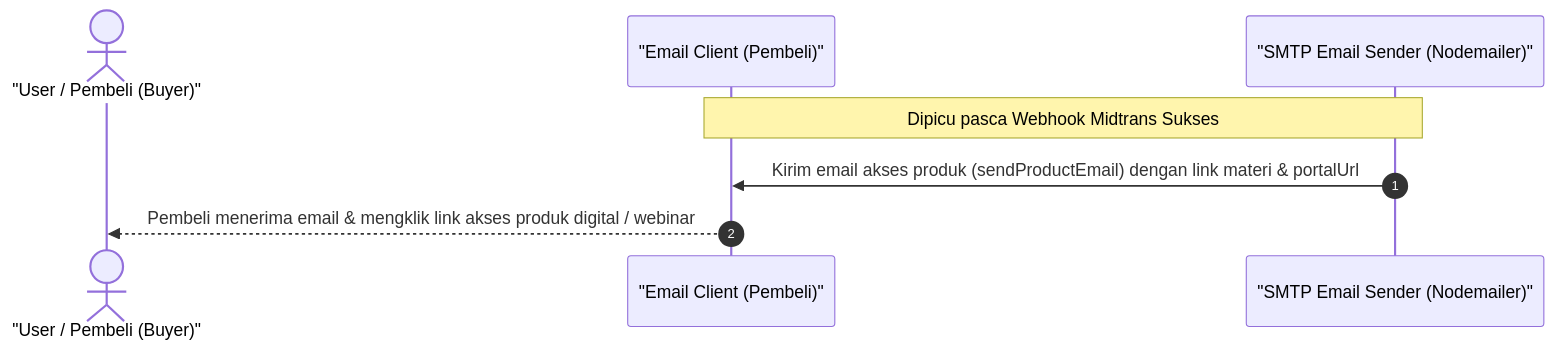
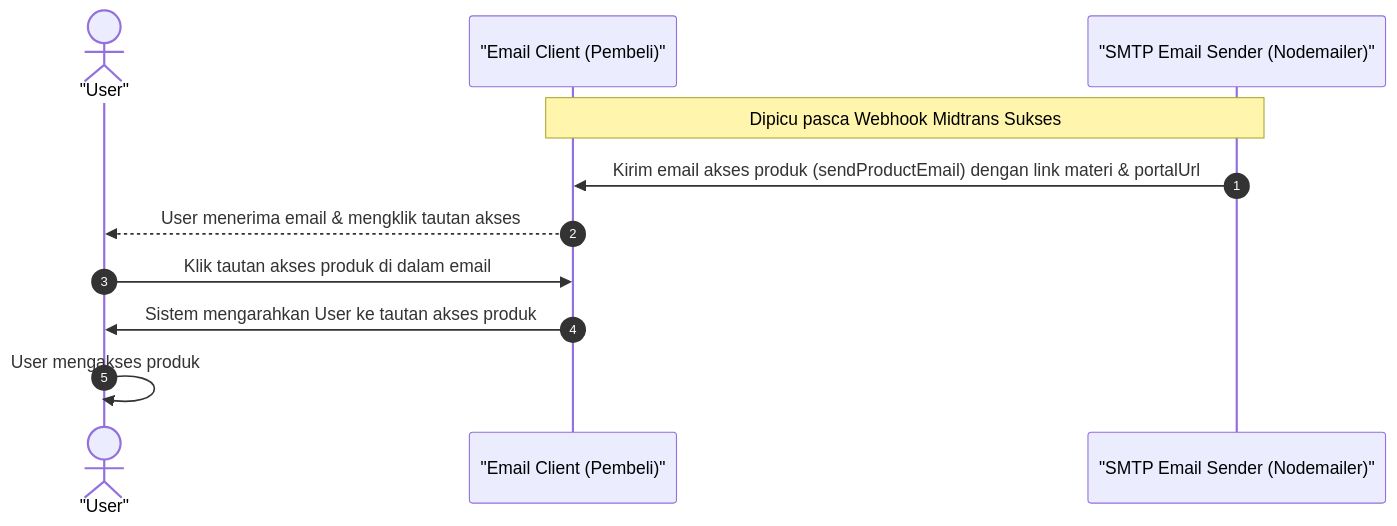
The diagram in docs/48-buyer-email-access.md (luputer/CuanIN), drawn with Mermaid before and after one commit. The commit also changed other lines of this file and 53 other files, not shown here.

````diff
--- a/docs/48-buyer-email-access.md
+++ b/docs/48-buyer-email-access.md
@@ -5,12 +5,15 @@
 ```mermaid
 sequenceDiagram
     autonumber
-    actor Buyer as "User / Pembeli (Buyer)"
+    actor User as "User"
     participant Inbox as "Email Client (Pembeli)"
     participant System as "SMTP Email Sender (Nodemailer)"
 
     Note over System, Inbox: Dipicu pasca Webhook Midtrans Sukses
     System->>Inbox: Kirim email akses produk (sendProductEmail) dengan link materi & portalUrl
-    Inbox-->>Buyer: Pembeli menerima email & mengklik link akses produk digital / webinar
+    Inbox-->>User: User menerima email & mengklik tautan akses
+    User->>Inbox: Klik tautan akses produk di dalam email
+    Inbox->>User: Sistem mengarahkan User ke tautan akses produk
+    User->>User: User mengakses produk
 
 ```
````
